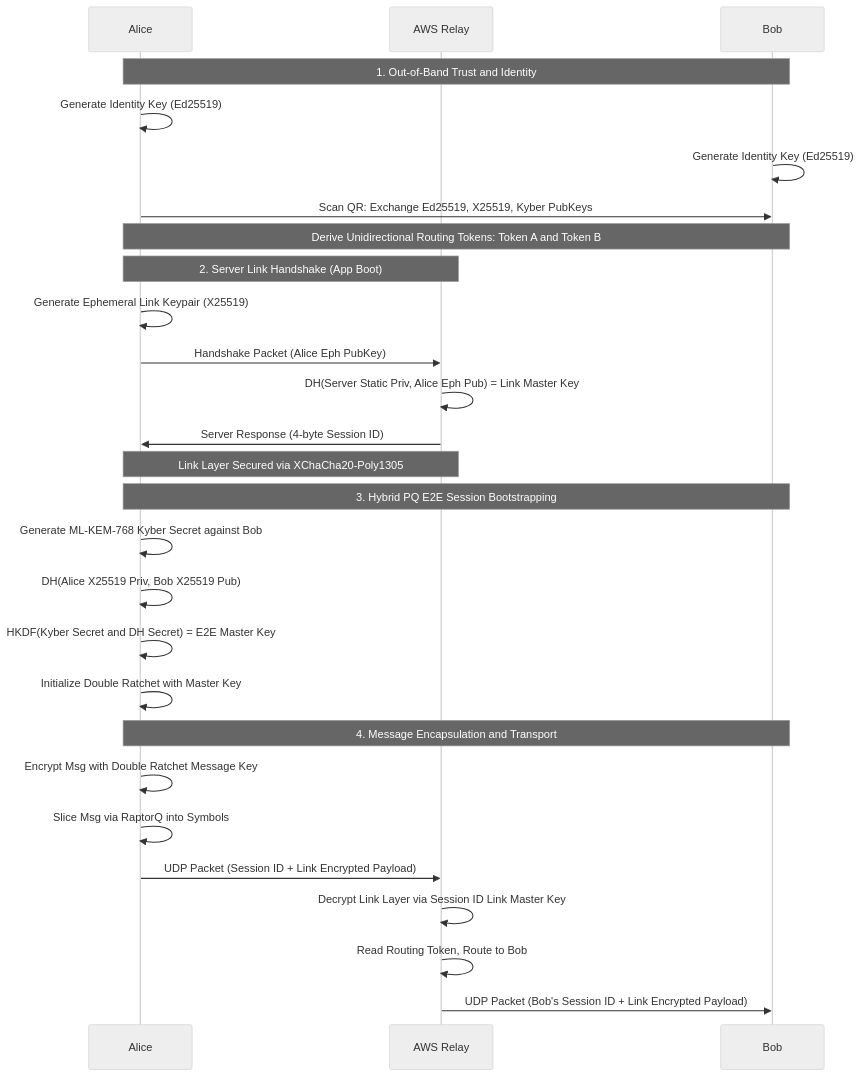
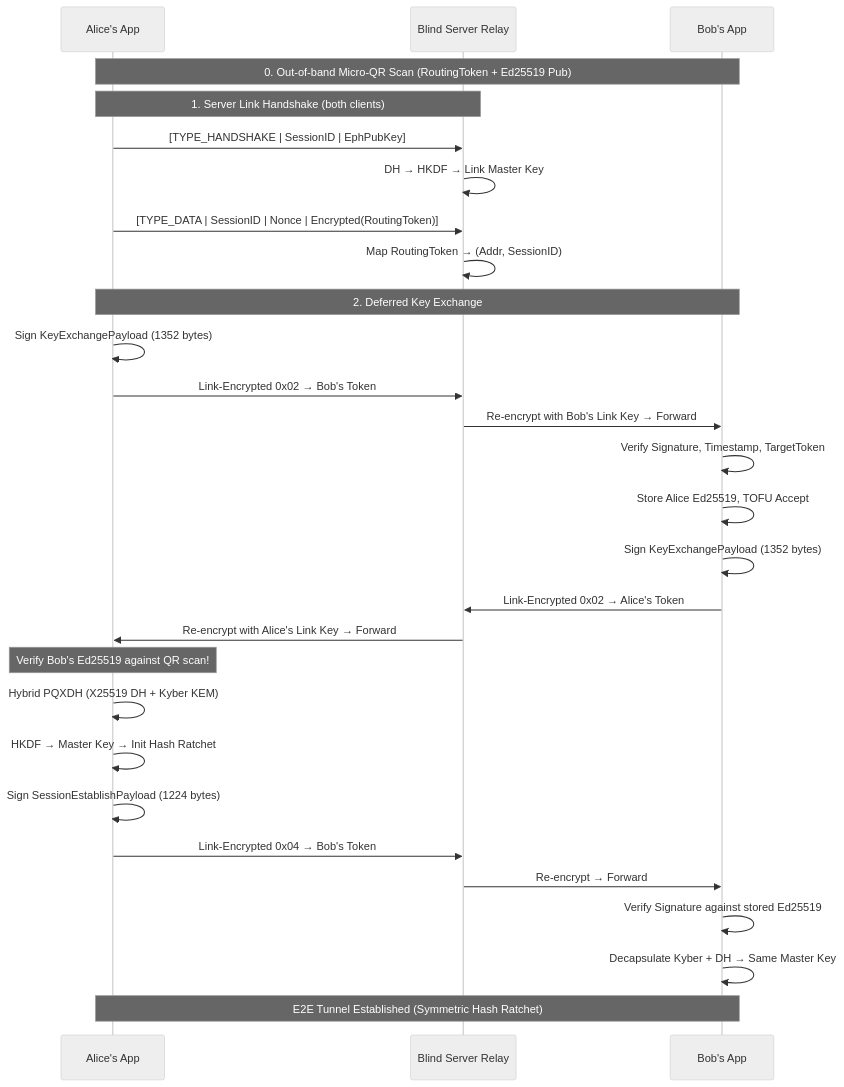
The diagram in documentations/doable-cryptographic-flow.md (Lxadams/Cryptogram), drawn with Mermaid (neutral theme) before and after one commit. The commit also changed other lines of this file and 8 other files, not shown here.

Commit message:
feat: implement cryptographic handshake packet structures and dependency integration for hybrid PQ security. setup base client setup, unit tests for server and client, etc.

````diff
--- a/documentations/doable-cryptographic-flow.md
+++ b/documentations/doable-cryptographic-flow.md
@@ -67,33 +74,37 @@
 ```mermaid
 sequenceDiagram
-    participant A as Alice
-    participant S as AWS Relay
-    participant B as Bob
+    participant A as Alice's App
+    participant S as Blind Server Relay
+    participant B as Bob's App
 
-    Note over A, B: 1. Out-of-Band Trust and Identity
-    A->>A: Generate Identity Key (Ed25519)
-    B->>B: Generate Identity Key (Ed25519)
-    A->>B: Scan QR: Exchange Ed25519, X25519, Kyber PubKeys
-    Note over A, B: Derive Unidirectional Routing Tokens: Token A and Token B
+    Note over A, B: 0. Out-of-band Micro-QR Scan (RoutingToken + Ed25519 Pub)
+    
+    Note over A, S: 1. Server Link Handshake (both clients)
+    A->>S: [TYPE_HANDSHAKE | SessionID | EphPubKey]
+    S->>S: DH → HKDF → Link Master Key
+    A->>S: [TYPE_DATA | SessionID | Nonce | Encrypted(RoutingToken)]
+    S->>S: Map RoutingToken → (Addr, SessionID)
 
-    Note over A, S: 2. Server Link Handshake (App Boot)
-    A->>A: Generate Ephemeral Link Keypair (X25519)
-    A->>S: Handshake Packet (Alice Eph PubKey)
-    S->>S: DH(Server Static Priv, Alice Eph Pub) = Link Master Key
-    S->>A: Server Response (4-byte Session ID)
-    Note over A, S: Link Layer Secured via XChaCha20-Poly1305
+    Note over A, B: 2. Deferred Key Exchange
+    A->>A: Sign KeyExchangePayload (1352 bytes)
+    A->>S: Link-Encrypted 0x02 → Bob's Token
+    S->>B: Re-encrypt with Bob's Link Key → Forward
+    
+    B->>B: Verify Signature, Timestamp, TargetToken
+    B->>B: Store Alice Ed25519, TOFU Accept
+    B->>B: Sign KeyExchangePayload (1352 bytes)
+    B->>S: Link-Encrypted 0x02 → Alice's Token
+    S->>A: Re-encrypt with Alice's Link Key → Forward
 
-    Note over A, B: 3. Hybrid PQ E2E Session Bootstrapping
-    A->>A: Generate ML-KEM-768 Kyber Secret against Bob
-    A->>A: DH(Alice X25519 Priv, Bob X25519 Pub)
-    A->>A: HKDF(Kyber Secret and DH Secret) = E2E Master Key
-    A->>A: Initialize Double Ratchet with Master Key
-
-    Note over A, B: 4. Message Encapsulation and Transport
-    A->>A: Encrypt Msg with Double Ratchet Message Key
-    A->>A: Slice Msg via RaptorQ into Symbols
-    A->>S: UDP Packet (Session ID + Link Encrypted Payload)
-    S->>S: Decrypt Link Layer via Session ID Link Master Key
-    S->>S: Read Routing Token, Route to Bob
-    S->>B: UDP Packet (Bob's Session ID + Link Encrypted Payload)
+    Note over A: Verify Bob's Ed25519 against QR scan!
+    
+    A->>A: Hybrid PQXDH (X25519 DH + Kyber KEM)
+    A->>A: HKDF → Master Key → Init Hash Ratchet
+    A->>A: Sign SessionEstablishPayload (1224 bytes)
+    A->>S: Link-Encrypted 0x04 → Bob's Token
+    S->>B: Re-encrypt → Forward
+    
+    B->>B: Verify Signature against stored Ed25519
+    B->>B: Decapsulate Kyber + DH → Same Master Key
+    Note over A, B: E2E Tunnel Established (Symmetric Hash Ratchet)
 ```
````
